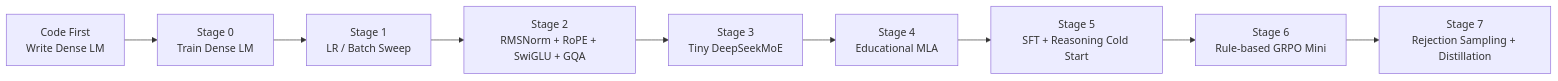
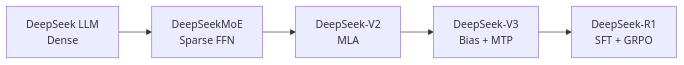
The first of 2 diagrams in README.md (legend91019/TinySeek-Lab), drawn with Mermaid before and after one commit. The commit also changed other lines of this file and 35 other files, not shown here.

Commit message:
docs: polish TinySeek learning path and results

````diff
--- a/README.md
+++ b/README.md
@@ -76,11 +78,7 @@
 ```mermaid
 flowchart LR
-  Z["Code First<br/>Write Dense LM"] --> A["Stage 0<br/>Train Dense LM"]
-  A --> B["Stage 1<br/>LR / Batch Sweep"]
-  B --> C["Stage 2<br/>RMSNorm + RoPE + SwiGLU + GQA"]
-  C --> D["Stage 3<br/>Tiny DeepSeekMoE"]
-  D --> E["Stage 4<br/>Educational MLA"]
-  E --> F["Stage 5<br/>SFT + Reasoning Cold Start"]
-  F --> G["Stage 6<br/>Rule-based GRPO Mini"]
-  G --> H["Stage 7<br/>Rejection Sampling + Distillation"]
+  A["DeepSeek LLM<br/>Dense"] --> B["DeepSeekMoE<br/>Sparse FFN"]
+  B --> C["DeepSeek-V2<br/>MLA"]
+  C --> D["DeepSeek-V3<br/>Bias + MTP"]
+  D --> E["DeepSeek-R1<br/>SFT + GRPO"]
 ```
````
